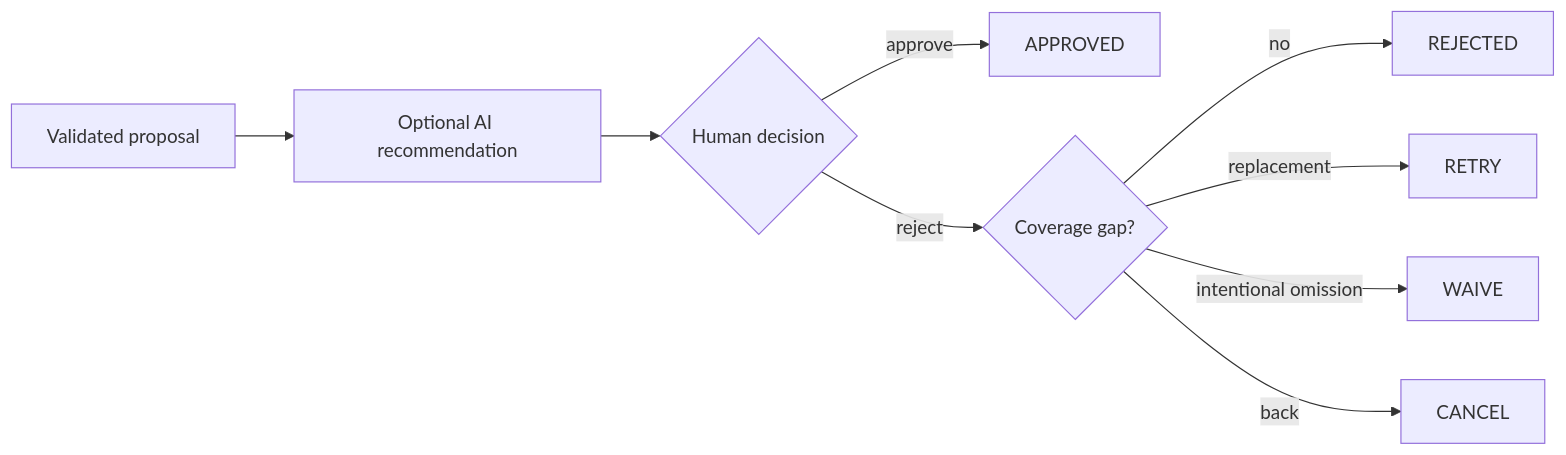
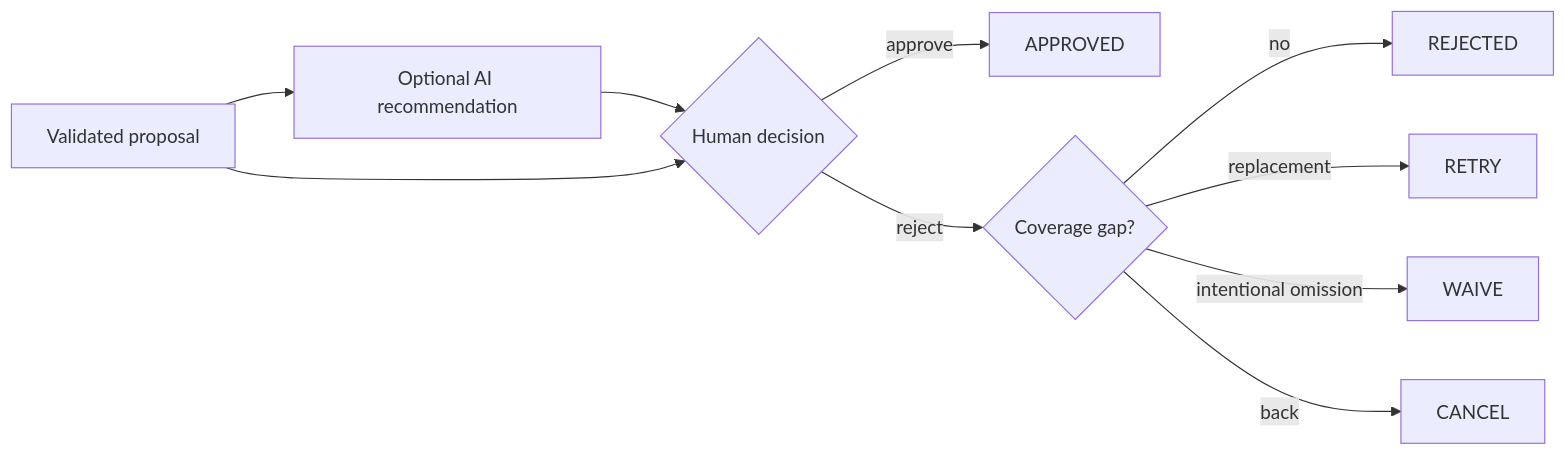
One commit to amin076/tital changed the fourth of 5 diagrams in docs/architecture/workflow-architecture.md. Above: the diagram before and after it, drawn with Mermaid. The commit also changed other lines of this file, not shown here.

Commit message:
docs: extend workflow architecture with stage-aware AI review

````diff
--- a/docs/architecture/workflow-architecture.md
+++ b/docs/architecture/workflow-architecture.md
@@ -100,20 +192,21 @@
 ```mermaid
 graph LR
     M[Validated proposal]
     AI[Optional AI recommendation]
     H{Human decision}
     OK[APPROVED]
     NO[REJECTED]
     G{Coverage gap?}
     RT[RETRY]
     W[WAIVE]
     C[CANCEL]
 
     M --> AI --> H
+    M --> H
     H -->|approve| OK
     H -->|reject| G
     G -->|no| NO
     G -->|replacement| RT
     G -->|intentional omission| W
     G -->|back| C
 ```
````
